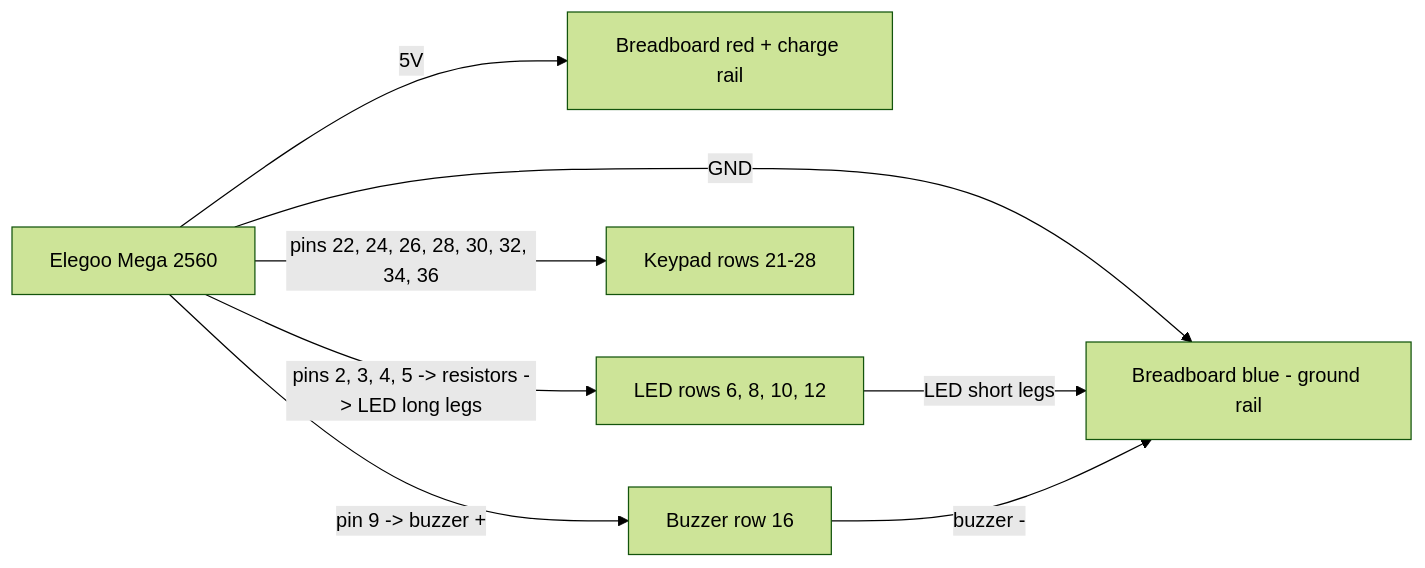
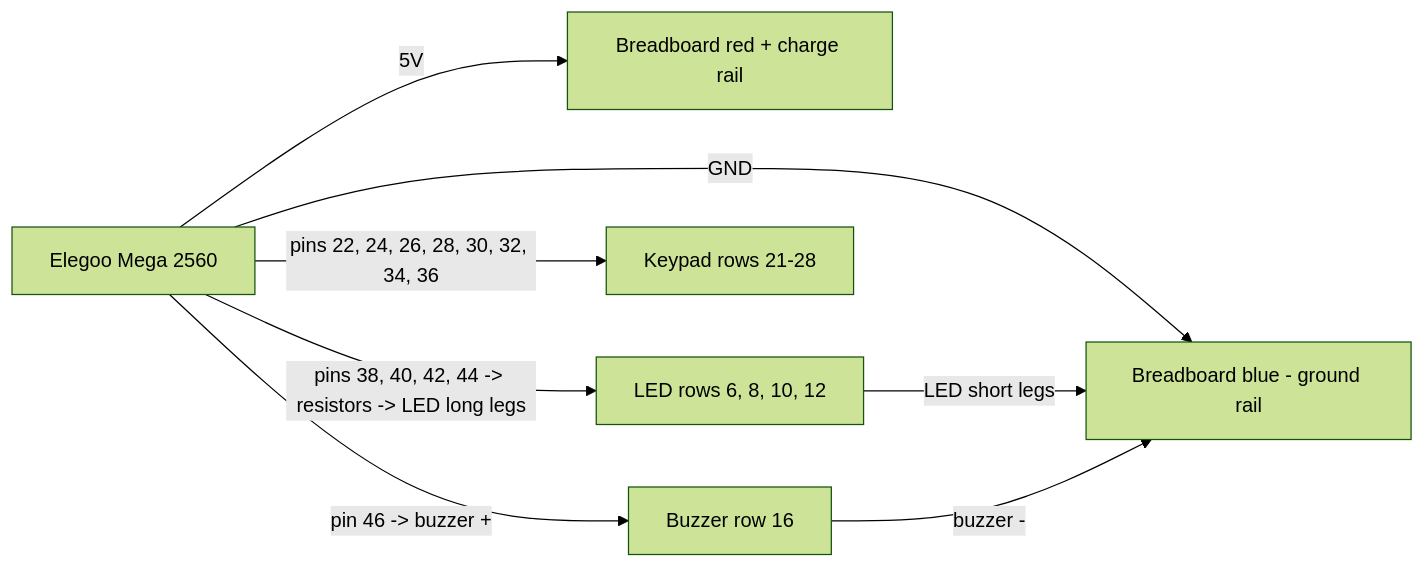
One commit to masonamoore/ArudinoLightsGame changed the diagram in docs/wiring.md. Above: the diagram before and after it, drawn with Mermaid (forest theme). The commit also changed other lines of this file and 4 other files, not shown here.

Commit message:
Use Mega 22-53 pin block for wiring

````diff
--- a/docs/wiring.md
+++ b/docs/wiring.md
@@ -57,17 +57,17 @@
 ```mermaid
 flowchart LR
   Mega["Elegoo Mega 2560"]
   Charge["Breadboard red + charge rail"]
   Ground["Breadboard blue - ground rail"]
   LEDS["LED rows 6, 8, 10, 12"]
   Keypad["Keypad rows 21-28"]
   Buzzer["Buzzer row 16"]
 
   Mega -- "5V" --> Charge
   Mega -- "GND" --> Ground
-  Mega -- "pins 2, 3, 4, 5 -> resistors -> LED long legs" --> LEDS
+  Mega -- "pins 38, 40, 42, 44 -> resistors -> LED long legs" --> LEDS
   LEDS -- "LED short legs" --> Ground
-  Mega -- "pin 9 -> buzzer +" --> Buzzer
+  Mega -- "pin 46 -> buzzer +" --> Buzzer
   Buzzer -- "buzzer -" --> Ground
   Mega -- "pins 22, 24, 26, 28, 30, 32, 34, 36" --> Keypad
 ```
````
